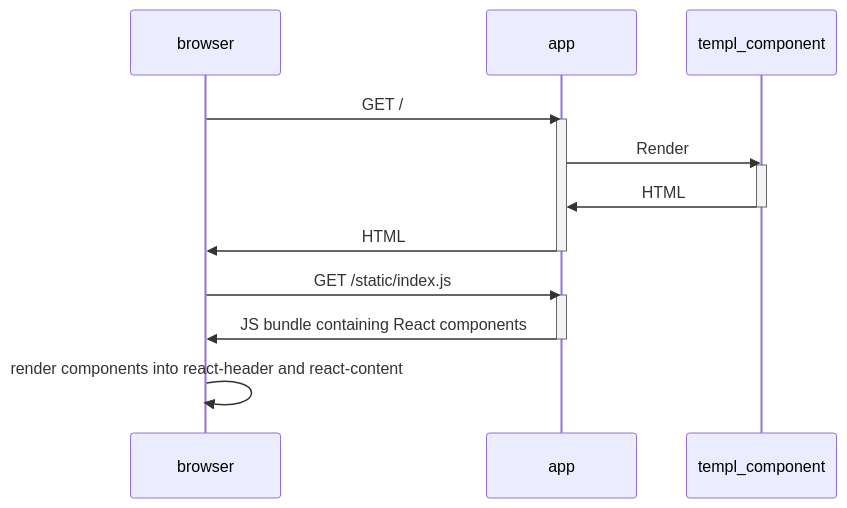
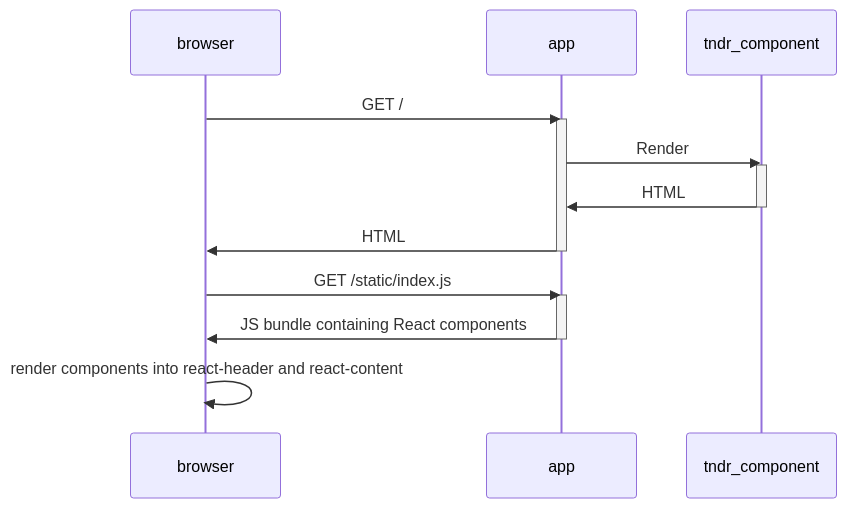
One commit to Senforsce/tndr changed the diagram in docs/docs/03-syntax-and-usage/20-using-react-with-templ.md. Above: the diagram before and after it, drawn with Mermaid. The commit also changed other lines of this file and 568 other files, not shown here.

````diff
--- a/docs/docs/03-syntax-and-usage/20-using-react-with-templ.md
+++ b/docs/docs/03-syntax-and-usage/20-using-react-with-templ.md
@@ -126,16 +126,16 @@
 ```mermaid
 sequenceDiagram
     browser->>app: GET /
     activate app
-	app->>templ_component: Render
-	activate templ_component
-	templ_component->>app: HTML
-	deactivate templ_component
+	app->>tndr_component: Render
+	activate tndr_component
+	tndr_component->>app: HTML
+	deactivate tndr_component
     app->>browser: HTML
     deactivate app
 	browser->>app: GET /static/index.js
 	activate app
 	app->>browser: JS bundle containing React components
 	deactivate app
 	browser->>browser: render components into react-header and react-content
 ```
````
